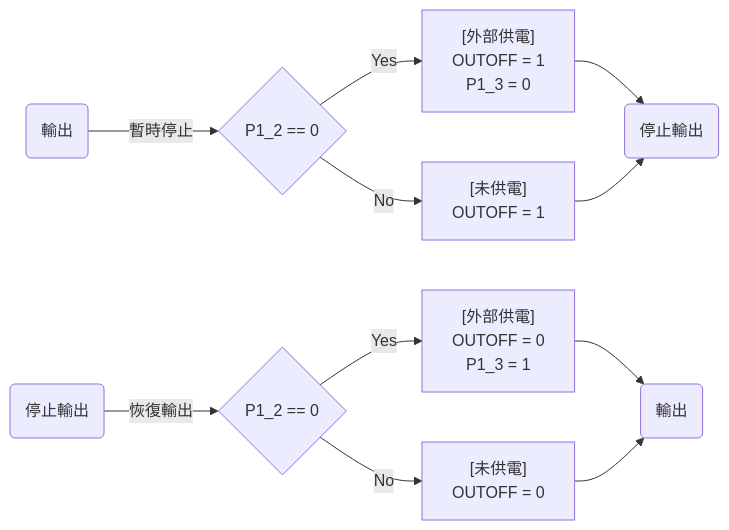
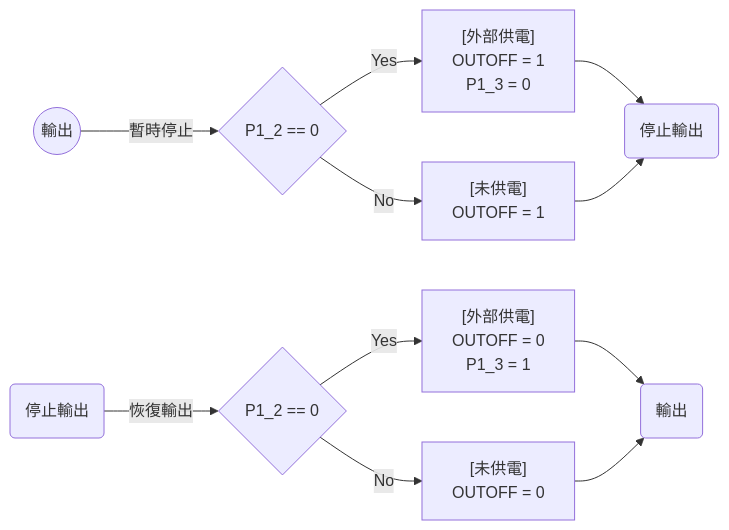
Before and after one commit to powtron-aapapp/powtron-aapapp.github.io: diagram 16 of 16 in README.md, drawn with Mermaid.

````diff
--- a/README.md
+++ b/README.md
@@ -351,27 +351,27 @@
 ```mermaid
 flowchart LR
 
-B(輸出) 
+B((輸出)) 
 C{P1_2 == 0}
 D["#91;外部供電#93;<br>OUTOFF = 1<br>P1_3 = 0"]
 E["#91;未供電#93;<br>OUTOFF = 1"]
 F(停止輸出)
 
 B-->|暫時停止| C
 C-->|Yes| D
 C-->|No| E
 D-->F
 E-->F
 
 G(停止輸出)
 H{P1_2 == 0}
 I["#91;外部供電#93;<br>OUTOFF = 0<br>P1_3 = 1"]
 J["#91;未供電#93;<br>OUTOFF = 0"]
 K(輸出)
 
 G-->|恢復輸出| H
 H-->|Yes| I
 H-->|No| J
 I-->K
 J-->K
 ```
````
